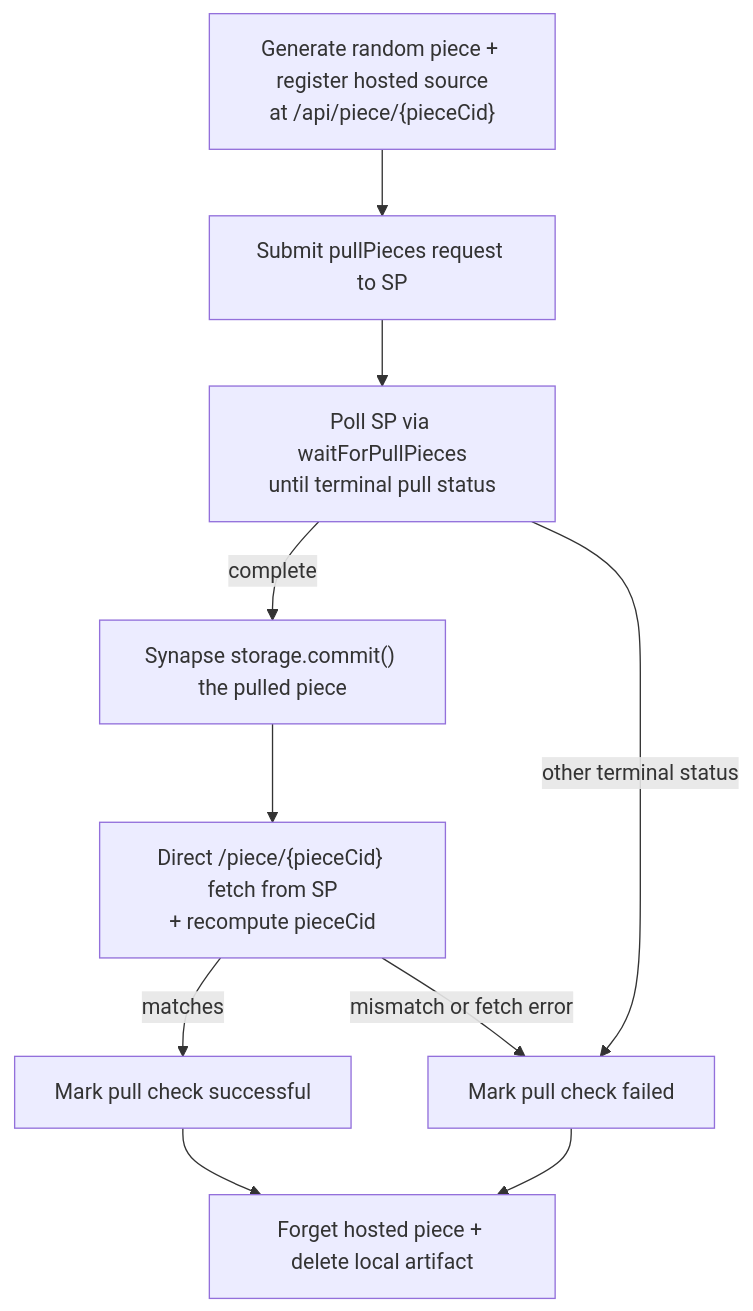
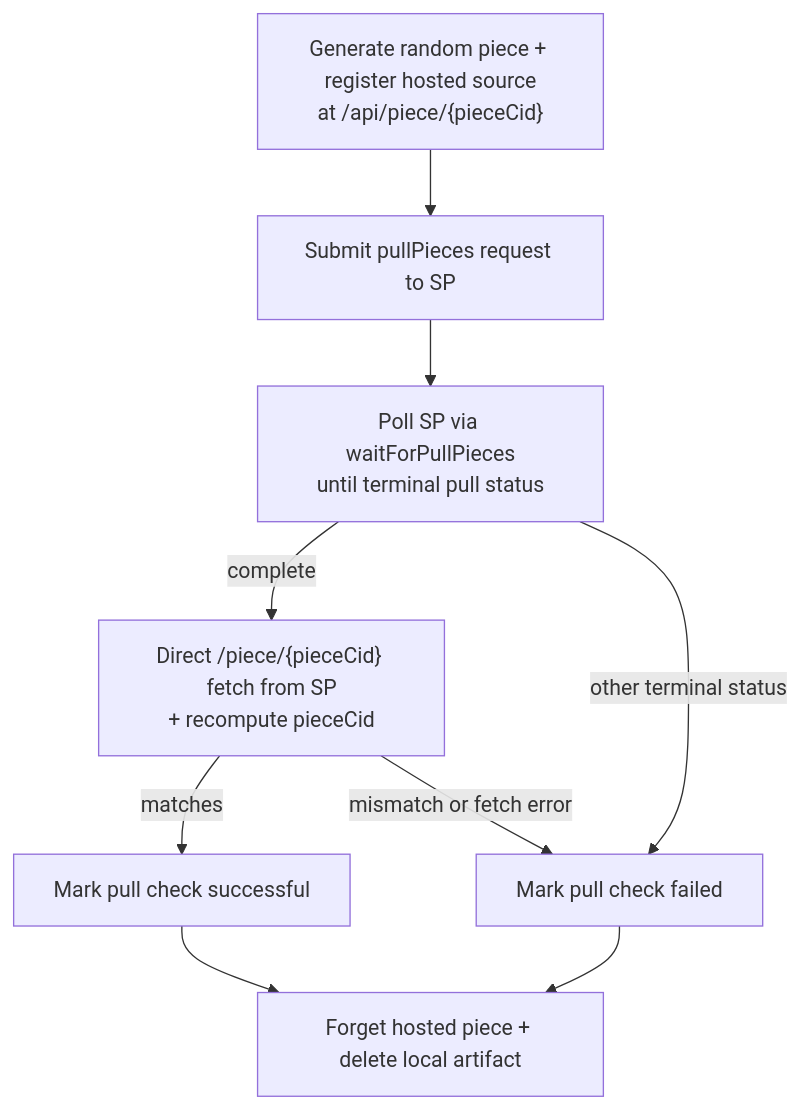
Before and after one commit to FilOzone/dealbot: the diagram in docs/checks/pull-check.md, drawn with Mermaid. The commit also changed other lines of this file and 4 other files, not shown here.

````diff
--- a/docs/checks/pull-check.md
+++ b/docs/checks/pull-check.md
@@ -35,13 +34,12 @@
 ```mermaid
 flowchart TD
   Generate["Generate random piece + register hosted source<br/>at /api/piece/{pieceCid}"]
   Generate --> Submit["Submit pullPieces request to SP"]
   Submit --> Poll["Poll SP via waitForPullPieces<br/>until terminal pull status"]
-  Poll -->|complete| Commit["Synapse storage.commit() the pulled piece"]
+  Poll -->|complete| Validate["Direct /piece/{pieceCid} fetch from SP<br/>+ recompute pieceCid"]
   Poll -->|other terminal status| Fail["Mark pull check failed"]
-  Commit --> Validate["Direct /piece/{pieceCid} fetch from SP<br/>+ recompute pieceCid"]
   Validate -->|matches| Success["Mark pull check successful"]
   Validate -->|mismatch or fetch error| Fail
   Success --> Cleanup
   Fail --> Cleanup["Forget hosted piece + delete local artifact"]
 ```
````
